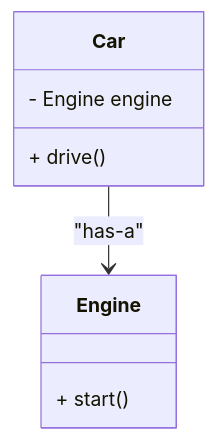
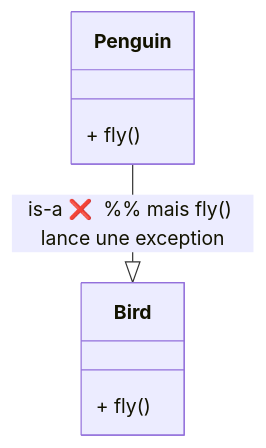
One commit to hrhouma1/Programmation-objet-2 changed the seventh of 10 diagrams in 06-PARTIE4-JAVA/2.md. Above: the diagram before and after it, drawn with Mermaid. The commit also changed other lines of this file, not shown here.

````diff
--- a/06-PARTIE4-JAVA/2.md
+++ b/06-PARTIE4-JAVA/2.md
@@ -306,11 +241,6 @@
 ```mermaid
 classDiagram
-    class Engine {
-        + start()
-    }
-    class Car {
-        - Engine engine
-        + drive()
-    }
-    Car --> Engine : "has-a"
+    class Bird { + fly() }
+    class Penguin { + fly() } 
+    Penguin --|> Bird : is-a ❌  %% mais fly() lance une exception
 ```
````
